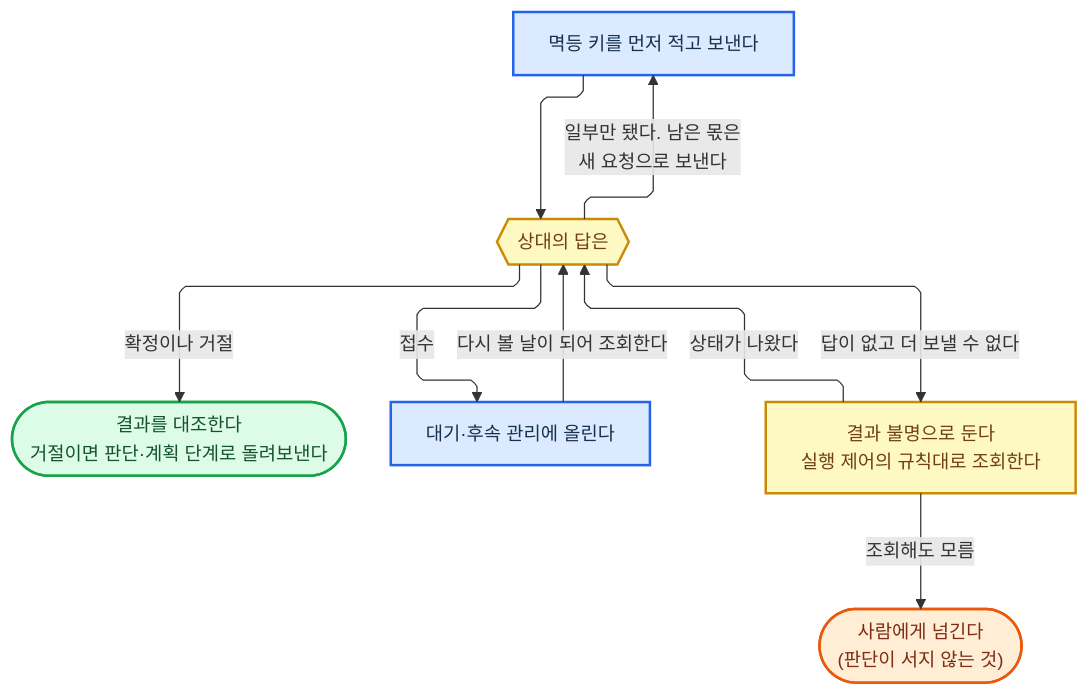
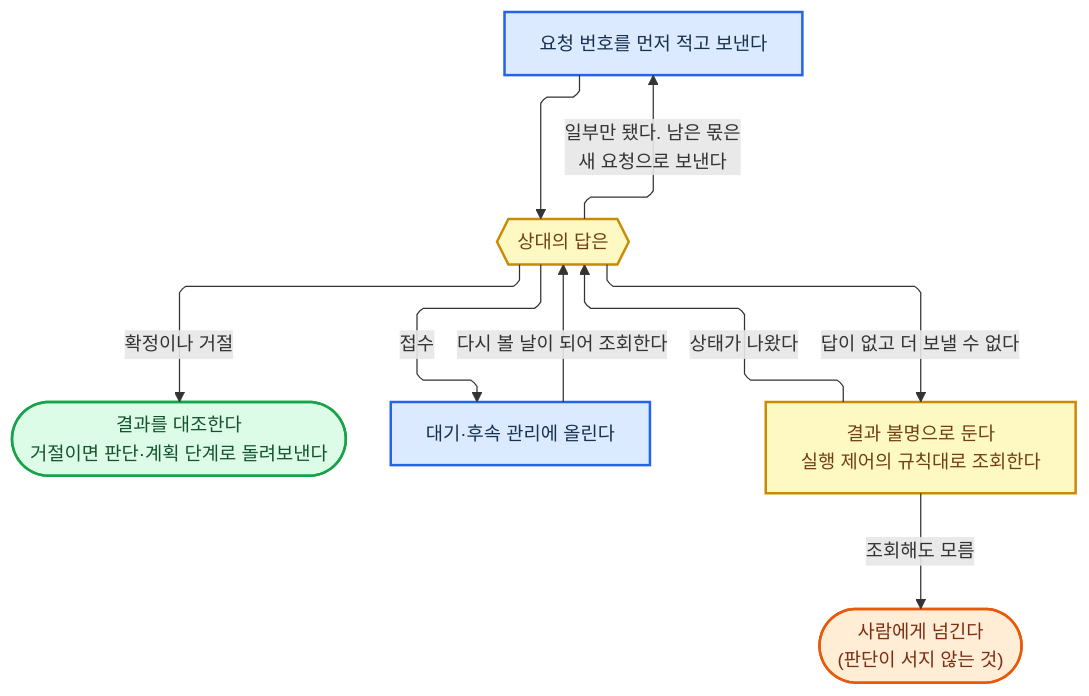
Before and after one commit to harisbaguette/expert: diagram 17 of 24 in 전문가 에이전트 정의 2.md, drawn with Mermaid. The commit also changed other lines of this file and 1 other file, not shown here.

````diff
--- a/전문가 에이전트 정의 2.md
+++ b/전문가 에이전트 정의 2.md
@@ -3316,24 +3263,24 @@
 ```mermaid
 %%{init: {"flowchart":{"wrappingWidth":640,"curve":"linear","nodeSpacing":45,"rankSpacing":55,"padding":14,"useMaxWidth":true,"defaultRenderer":"elk"},"themeVariables":{"fontSize":"15px"},"layout":"elk","elk":{"mergeEdges":false,"nodePlacementStrategy":"NETWORK_SIMPLEX","keepEntryNodeOnTop":true,"considerModelOrder":"PREFER_NODES"}} }%%
 flowchart TB
-    SEND["멱등 키를 먼저 적고 보낸다"]:::main
+    SEND["요청 번호를 먼저 적고 보낸다"]:::main
     FIN(["결과를 대조한다<br/>거절이면 판단·계획 단계로 돌려보낸다"]):::good
     WAITN["대기·후속 관리에 올린다"]:::main
     HUMAN(["사람에게 넘긴다<br/>(판단이 서지 않는 것)"]):::back
     RES{{"상대의 답은"}}:::note
     UNK["결과 불명으로 둔다<br/>실행 제어의 규칙대로 조회한다"]:::note
     UNK -- "상태가 나왔다" --> RES
     RES -- "접수" --> WAITN
     WAITN -- "다시 볼 날이 되어 조회한다" --> RES
     RES -- "확정이나 거절" --> FIN
     UNK -- "조회해도 모름" --> HUMAN
     RES -- "답이 없고 더 보낼 수 없다" --> UNK
     SEND --> RES
     RES -- "일부만 됐다. 남은 몫은<br/>새 요청으로 보낸다" --> SEND
     %% 배치용 보이지 않는 연결: 선은 그려지지 않고 상자 위치만 잡음
     SEND ~~~ UNK
     classDef main fill:#dbeafe,stroke:#2563eb,stroke-width:2px,color:#17314f
     classDef back fill:#ffedd5,stroke:#ea580c,stroke-width:2px,color:#7c2d12
     classDef good fill:#dcfce7,stroke:#16a34a,stroke-width:2px,color:#14532d
     classDef note fill:#fef9c3,stroke:#ca8a04,stroke-width:2px,color:#713f12
 ```
````
